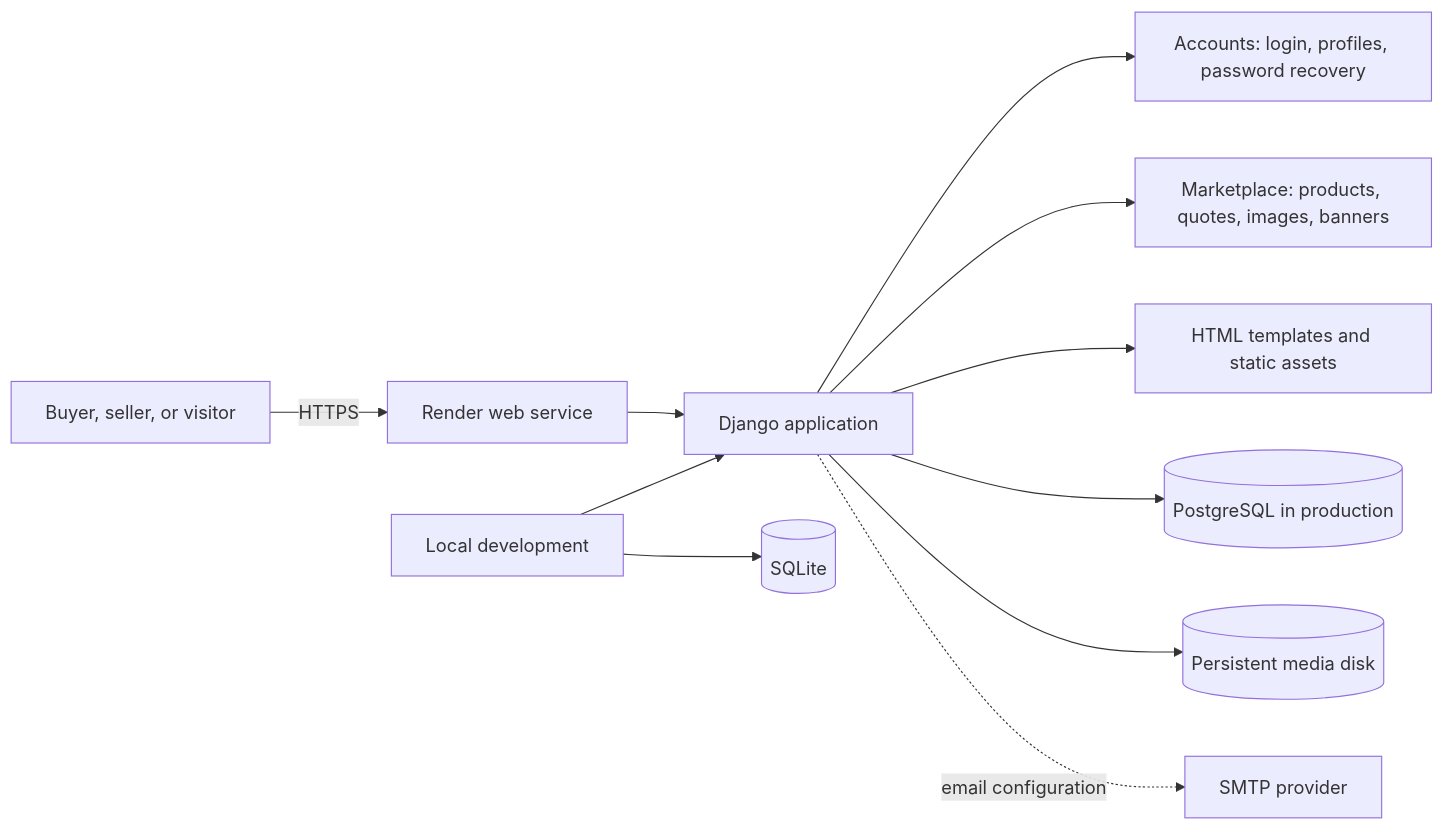
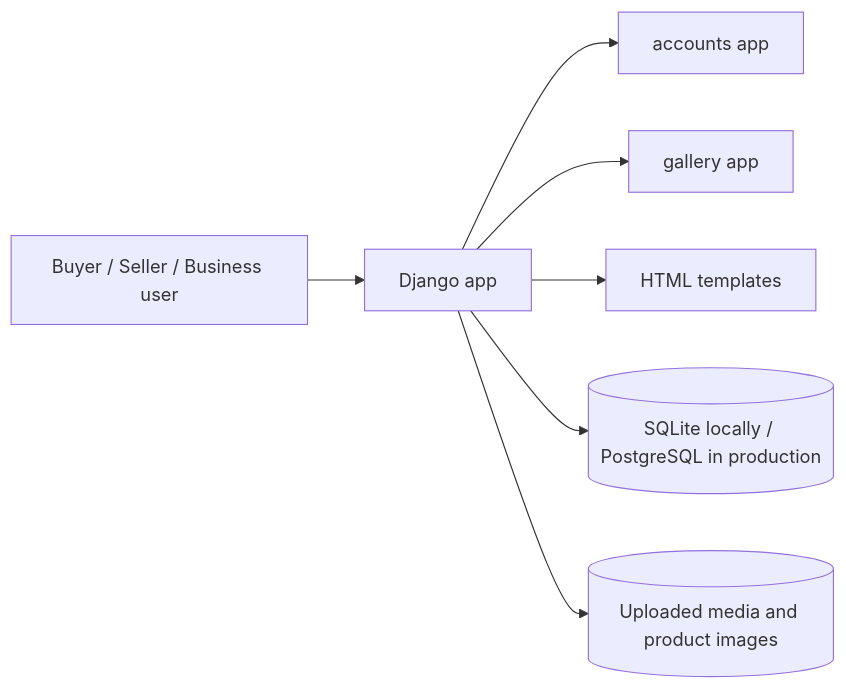
Before and after one commit to Shoury-Singh/GAB-Marketplace: the diagram in README.md, drawn with Mermaid. The commit also changed other lines of this file and 44 other files, not shown here.

Commit message:
Update project docs and marketplace flows

````diff
--- a/README.md
+++ b/README.md
@@ -11,13 +107,9 @@
 ```mermaid
 flowchart LR
-    Visitor[Buyer, seller, or visitor] -->|HTTPS| Render[Render web service]
-    Render --> Django[Django application]
-    Django --> Accounts[Accounts: login, profiles, password recovery]
-    Django --> Gallery[Marketplace: products, quotes, images, banners]
-    Django --> Templates[HTML templates and static assets]
-    Django --> Database[(PostgreSQL in production)]
-    Django --> Media[(Persistent media disk)]
-    Django -. email configuration .-> SMTP[SMTP provider]
-    Local[Local development] --> Django
-    Local --> SQLite[(SQLite)]
+    User[Buyer / Seller / Business user] --> App[Django app]
+    App --> Accounts[accounts app]
+    App --> Gallery[gallery app]
+    App --> Templates[HTML templates]
+    App --> DB[(SQLite locally / PostgreSQL in production)]
+    App --> Media[(Uploaded media and product images)]
 ```
````
